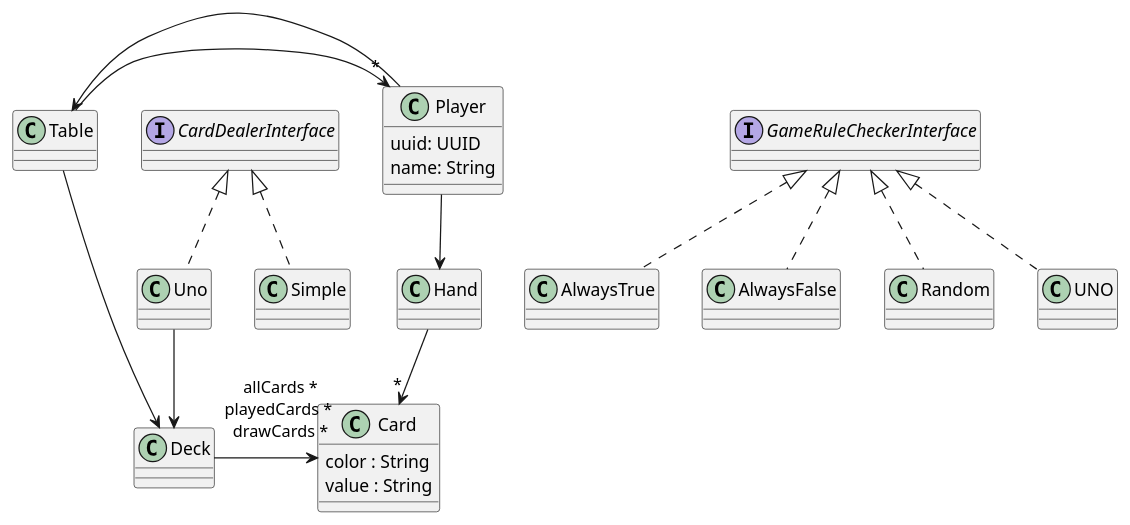
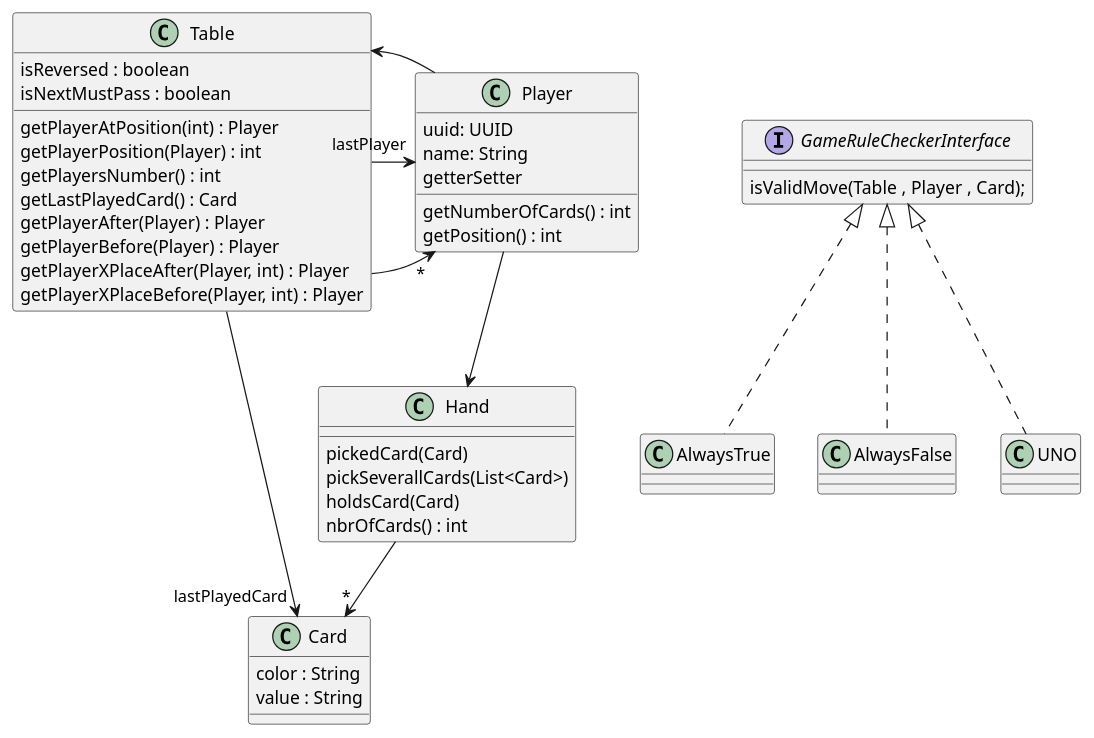
The diagram in src/mini_Uno/chaineResp.puml (florentBourgeois/2025-ENSISA-ArchiObjet), drawn with PlantUML before and after one commit. The commit also changed 2 other files, not shown here.

Commit message:
diagramme de l'exercice

```diff
--- a/src/mini_Uno/chaineResp.puml
+++ b/src/mini_Uno/chaineResp.puml
@@ -1,47 +1,68 @@
 @startuml
 
 
+class Table {
+    isReversed : boolean
+    isNextMustPass : boolean
+    getPlayerAtPosition(int) : Player
+    getPlayerPosition(Player) : int
+    getPlayersNumber() : int
+    getLastPlayedCard() : Card
+    getPlayerAfter(Player) : Player
+    getPlayerBefore(Player) : Player
+    getPlayerXPlaceAfter(Player, int) : Player
+    getPlayerXPlaceBefore(Player, int) : Player
+}
 
-class Hand{  }
+
+
+
+
+class Hand{
+    pickedCard(Card)
+    pickSeverallCards(List<Card>)
+    holdsCard(Card)
+    nbrOfCards() : int
+}
 
 class Player{
     uuid: UUID
     name: String
+    getNumberOfCards() : int
+    getPosition() : int
+    getterSetter
 }
 
 class Card{
     color : String
     value : String
 }
 
-class Deck{
-
+interface GameRuleCheckerInterface {
+     isValidMove(Table , Player , Card);
 }
 
-Table --> Deck
+
+
 Table -> "*" Player
+Table -> "lastPlayer" Player
+Table --> "lastPlayedCard" Card
 Player -> Table
 
 
 Player --> Hand
 Hand --> "*" Card
-Deck -> "allCards *\nplayedCards * \ndrawCards *" Card
-
-
-interface GameRuleCheckerInterface
-interface CardDealerInterface
 
 
 
-CardDealerInterface <|.. Simple
-CardDealerInterface <|.. Uno
-Uno --> Deck
+
+
+
 
 GameRuleCheckerInterface <|.. AlwaysTrue
 GameRuleCheckerInterface <|.. AlwaysFalse
-GameRuleCheckerInterface <|.. Random
 GameRuleCheckerInterface <|.. UNO
 
 
 
 @enduml
```
